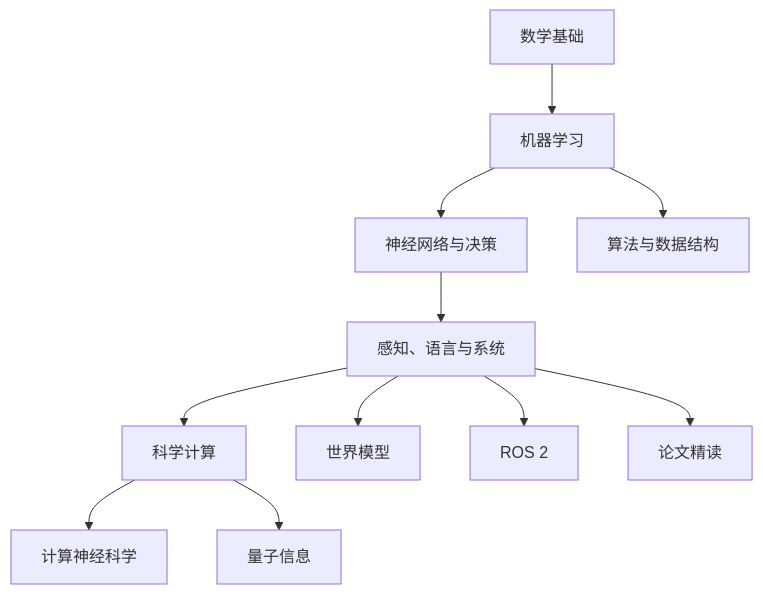
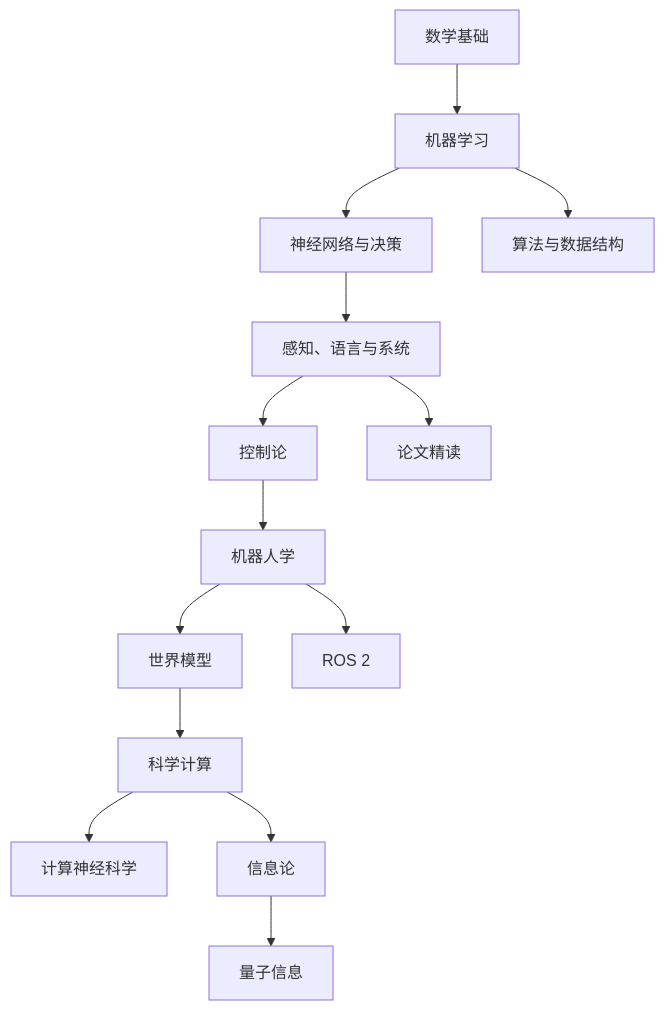
Before and after one commit to DeconBear/notebook: the diagram in docs/index.md, drawn with Mermaid. The commit also changed other lines of this file and 311 other files, not shown here.

````diff
--- a/docs/index.md
+++ b/docs/index.md
@@ -41,13 +41,16 @@
 ```mermaid
 flowchart TB
     math["数学基础"] --> ml["机器学习"]
     ml --> nn["神经网络与决策"]
     nn --> applied["感知、语言与系统"]
-    applied --> sci["科学计算"]
+    applied --> ctrl["控制论"]
+    ctrl --> robot["机器人学"]
+    robot --> wm["世界模型"]
+    wm --> sci["科学计算"]
     sci --> neuro["计算神经科学"]
-    sci --> qi["量子信息"]
-    applied --> wm["世界模型"]
-    applied --> ros2["ROS 2"]
+    sci --> info["信息论"]
+    info --> qi["量子信息"]
+    robot --> ros2["ROS 2"]
     ml --> algo["算法与数据结构"]
     applied --> papers["论文精读"]
 ```
````
